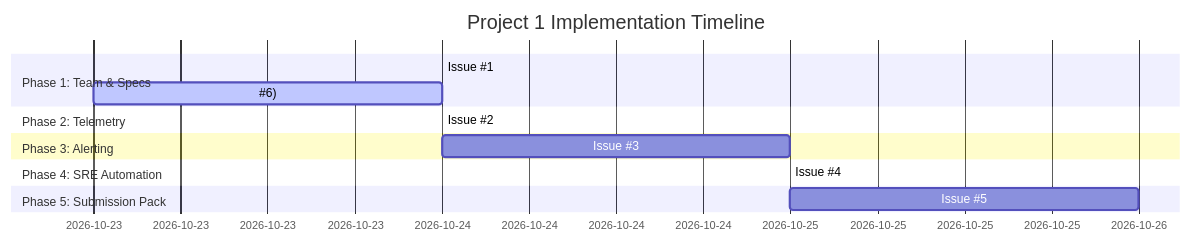
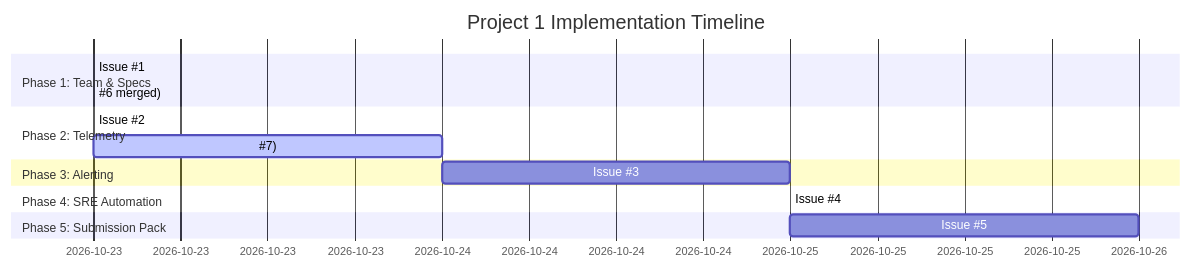
One commit to LE0ST/tasklane changed the diagram in docs/project-roadmap.md. Above: the diagram before and after it, drawn with Mermaid. The commit also changed other lines of this file and 19 other files, not shown here.

First line of the commit message:
feat: add local OpenTelemetry observability with correlated signals (#7)

````diff
--- a/docs/project-roadmap.md
+++ b/docs/project-roadmap.md
@@ -13,15 +13,15 @@
 ```mermaid
 gantt
     title Project 1 Implementation Timeline
     dateFormat YYYY-MM-DD
     section Phase 1: Team & Specs
-    Issue #1: Agent Team & Modular Docs (Draft PR #6)  :active,  des1, 2026-10-23, 2026-10-24
+    Issue #1: Agent Team & Modular Docs (PR #6 merged)  :done,  des1, 2026-10-23, 2026-10-23
     section Phase 2: Telemetry
-    Issue #2: OpenTelemetry Instrumentation            :         des2, 2026-10-24, 2026-10-24
+    Issue #2: OpenTelemetry Instrumentation (Draft PR #7) :active, des2, 2026-10-23, 2026-10-24
     section Phase 3: Alerting
     Issue #3: User-Impact Alert & Drill                :         des3, 2026-10-24, 2026-10-25
     section Phase 4: SRE Automation
     Issue #4: Bounded On-Call Responder                :         des4, 2026-10-25, 2026-10-25
     section Phase 5: Submission Pack
     Issue #5: End-to-End Verification & Audit          :         des5, 2026-10-25, 2026-10-26
 ```
````
